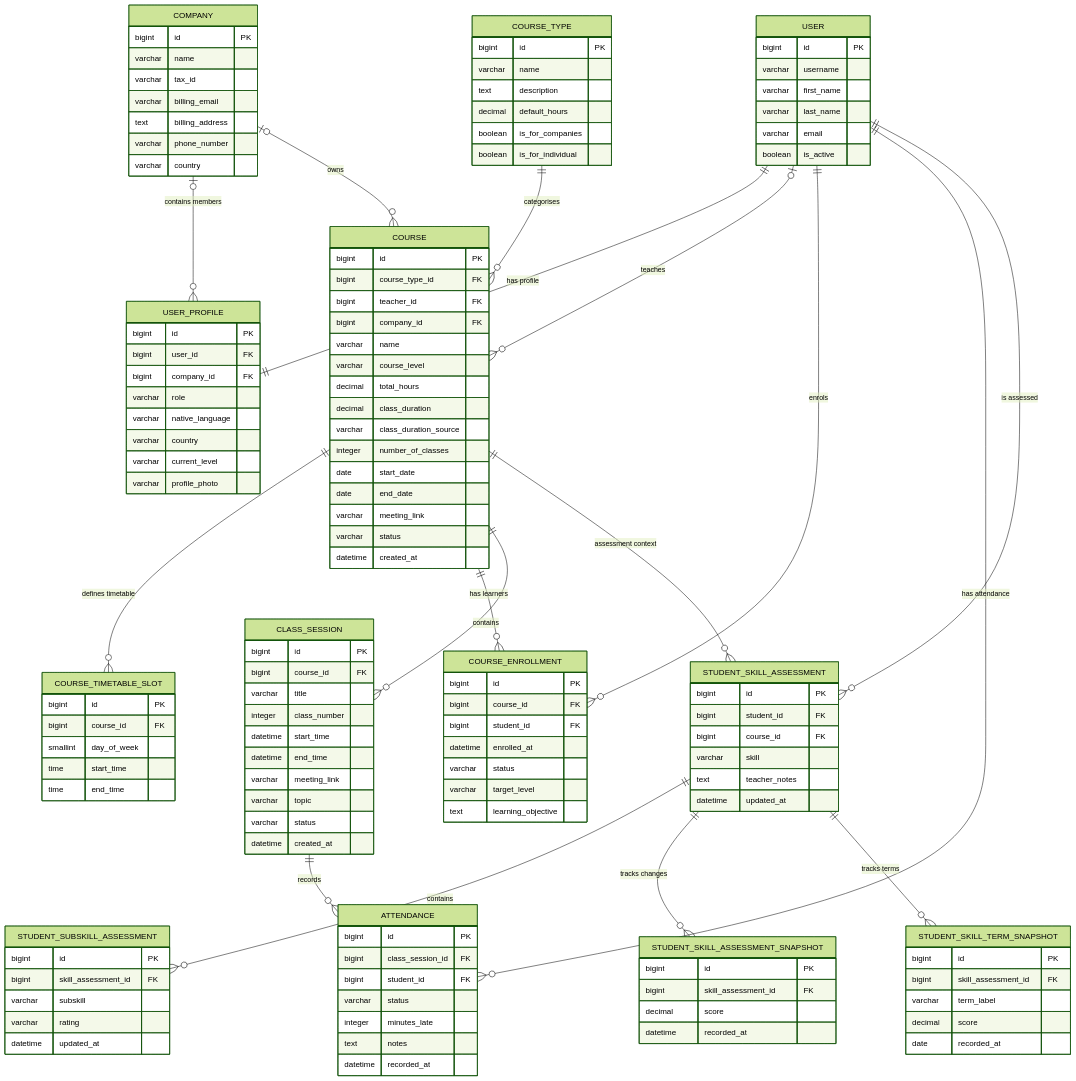
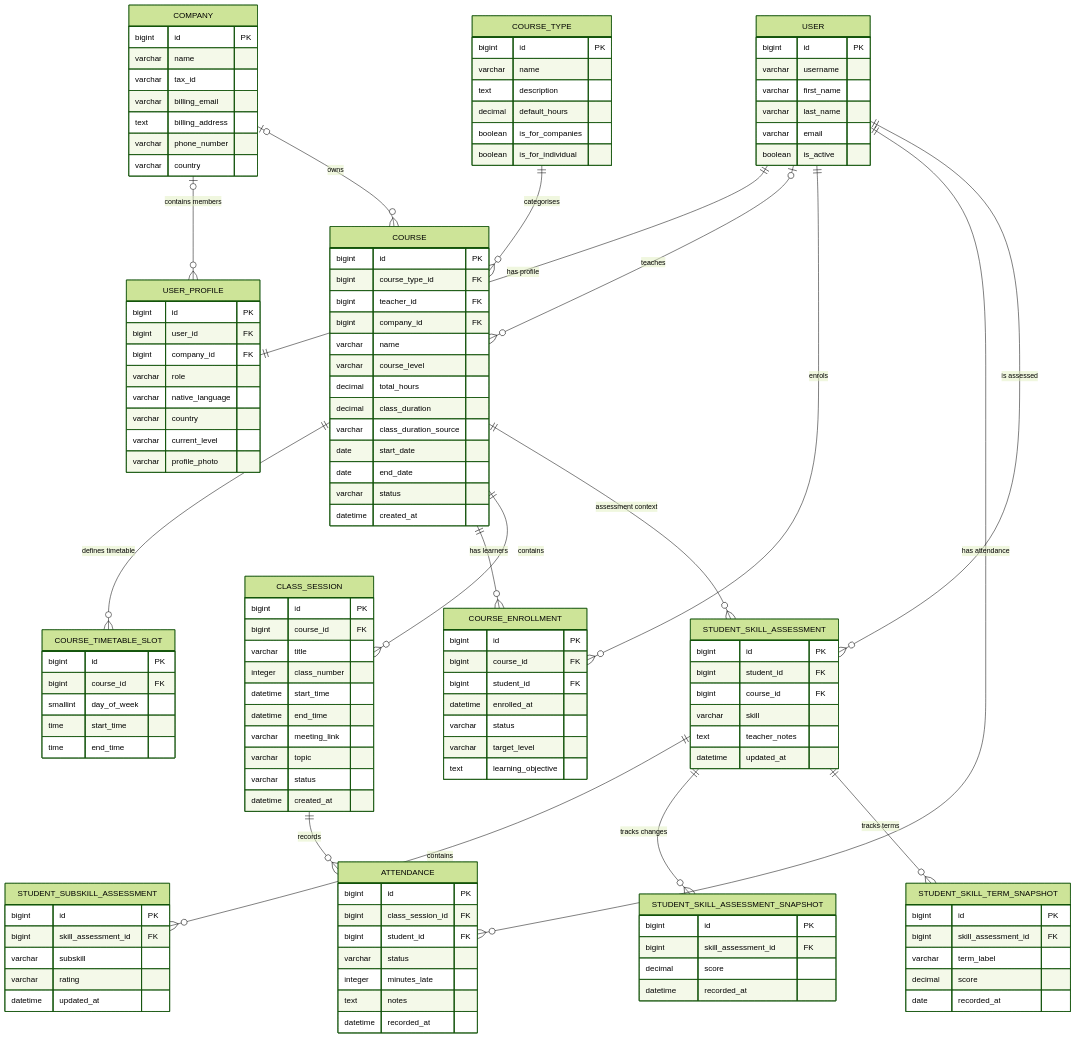
One commit to Ethra8/english-grows-new changed the diagram in README.md. Above: the diagram before and after it, drawn with Mermaid (forest theme). The commit also changed other lines of this file and 1 other file, not shown here.

```diff
--- a/README.md
+++ b/README.md
@@ -1761,10 +2584,8 @@
         decimal total_hours
         decimal class_duration
         varchar class_duration_source
-        integer number_of_classes
         date start_date
         date end_date
-        varchar meeting_link
         varchar status
         datetime created_at
     }
```
